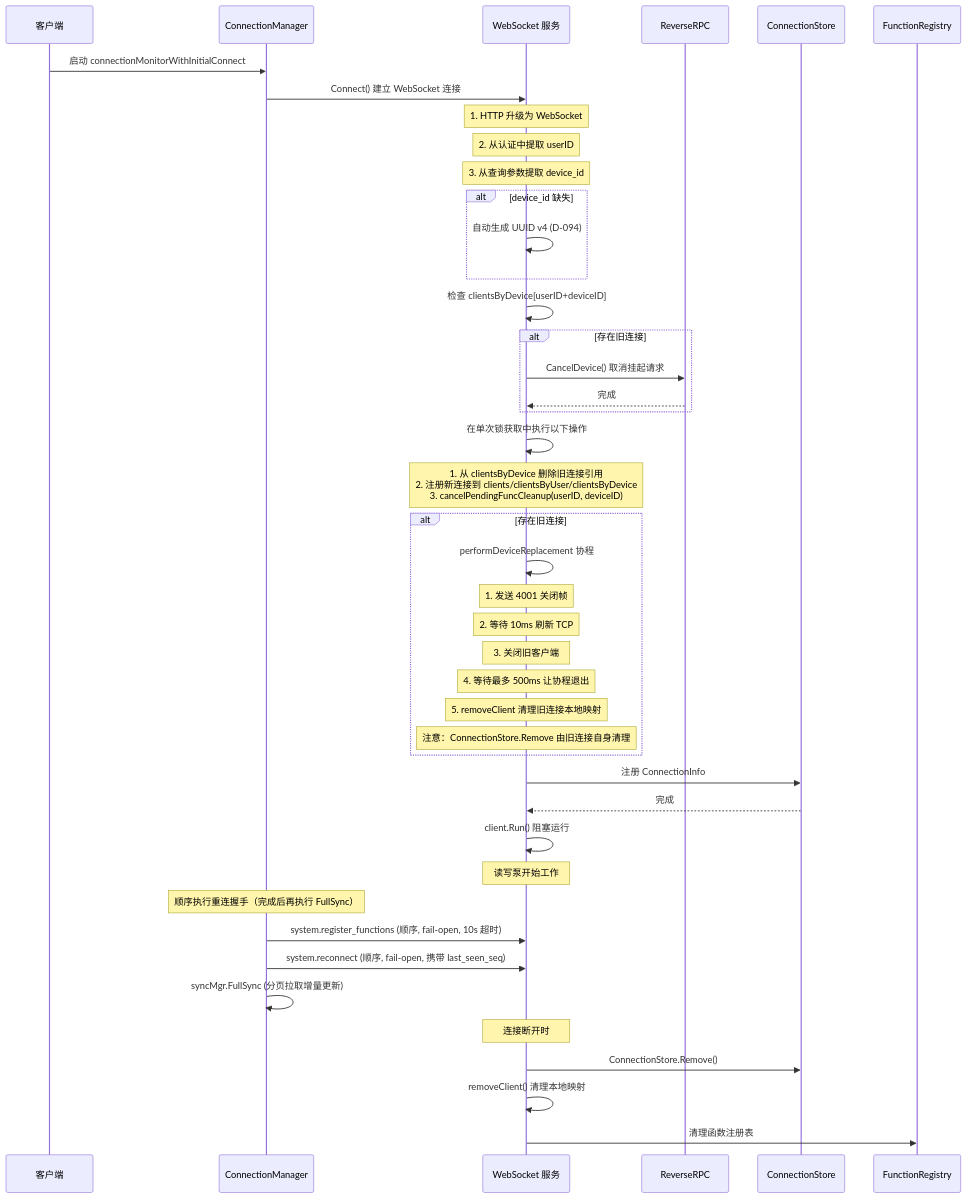
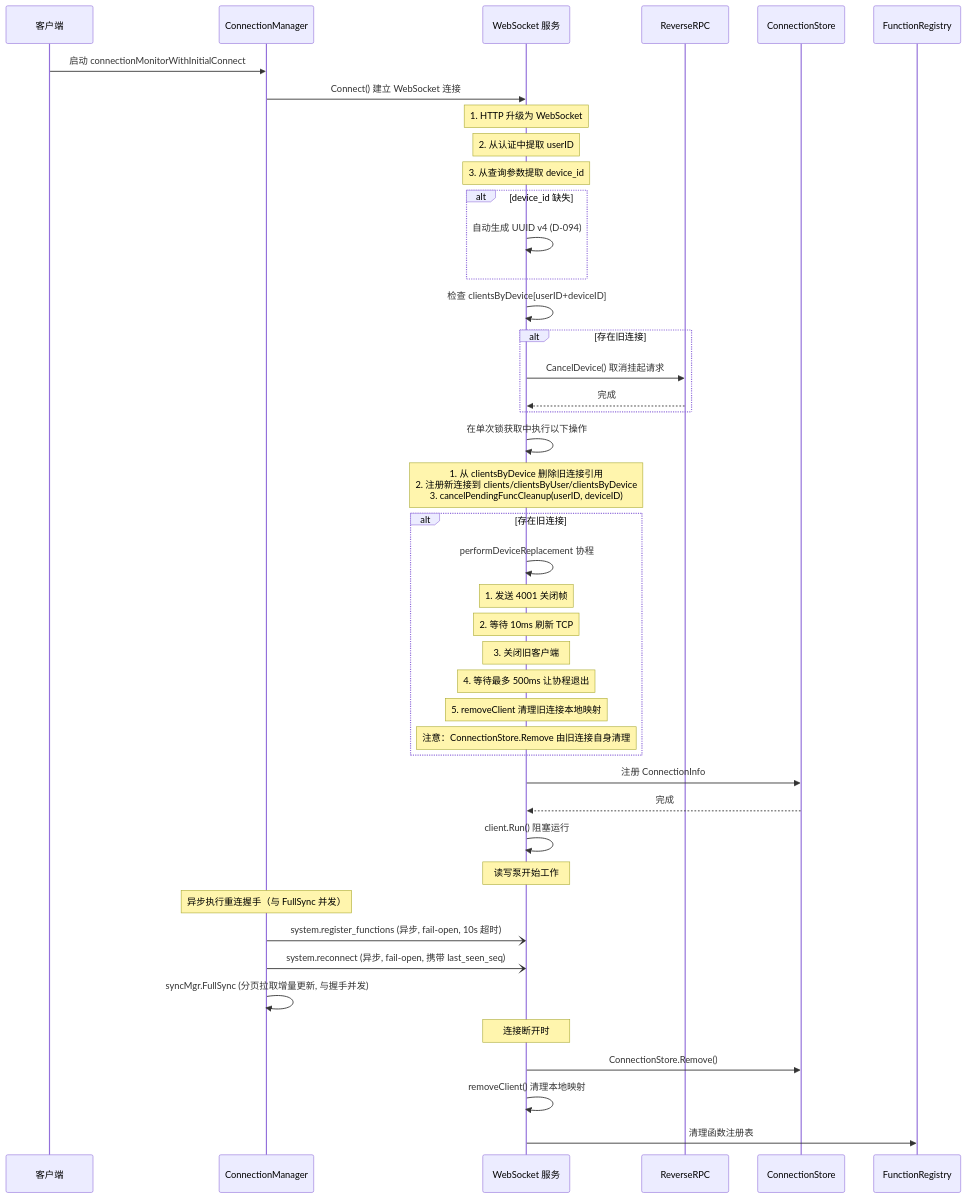
The second of 8 diagrams in wiki/flows/client-registration.md (PineappleBond/xyncra-server), drawn with Mermaid before and after one commit. The commit also changed other lines of this file and 5 other files, not shown here.

````diff
--- a/wiki/flows/client-registration.md
+++ b/wiki/flows/client-registration.md
@@ -58,56 +59,56 @@
 ```mermaid
 sequenceDiagram
     participant C as 客户端
     participant CS as ConnectionManager
     participant WS as WebSocket 服务
     participant RL as ReverseRPC
     participant CM as ConnectionStore
     participant FR as FunctionRegistry
 
     C->>CS: 启动 connectionMonitorWithInitialConnect
     CS->>WS: Connect() 建立 WebSocket 连接
 
     Note over WS: 1. HTTP 升级为 WebSocket
     Note over WS: 2. 从认证中提取 userID
     Note over WS: 3. 从查询参数提取 device_id
 
     alt device_id 缺失
         WS->>WS: 自动生成 UUID v4 (D-094)
     end
 
     WS->>WS: 检查 clientsByDevice[userID+deviceID]
 
     alt 存在旧连接
         WS->>RL: CancelDevice() 取消挂起请求
         RL-->>WS: 完成
     end
 
     WS->>WS: 在单次锁获取中执行以下操作
     Note over WS: 1. 从 clientsByDevice 删除旧连接引用<br/>2. 注册新连接到 clients/clientsByUser/clientsByDevice<br/>3. cancelPendingFuncCleanup(userID, deviceID)
 
     alt 存在旧连接
         WS->>WS: performDeviceReplacement 协程
         Note over WS: 1. 发送 4001 关闭帧
         Note over WS: 2. 等待 10ms 刷新 TCP
         Note over WS: 3. 关闭旧客户端
         Note over WS: 4. 等待最多 500ms 让协程退出
         Note over WS: 5. removeClient 清理旧连接本地映射
         Note over WS: 注意：ConnectionStore.Remove 由旧连接自身清理
     end
 
     WS->>CM: 注册 ConnectionInfo
     CM-->>WS: 完成
 
     WS->>WS: client.Run() 阻塞运行
     Note over WS: 读写泵开始工作
 
-    Note over CS: 顺序执行重连握手（完成后再执行 FullSync）
-    CS->>WS: system.register_functions (顺序, fail-open, 10s 超时)
-    CS->>WS: system.reconnect (顺序, fail-open, 携带 last_seen_seq)
-    CS->>CS: syncMgr.FullSync (分页拉取增量更新)
+    Note over CS: 异步执行重连握手（与 FullSync 并发）
+    CS-)WS: system.register_functions (异步, fail-open, 10s 超时)
+    CS-)WS: system.reconnect (异步, fail-open, 携带 last_seen_seq)
+    CS->>CS: syncMgr.FullSync (分页拉取增量更新, 与握手并发)
 
     Note over WS: 连接断开时
     WS->>CM: ConnectionStore.Remove()
     WS->>WS: removeClient() 清理本地映射
     WS->>FR: 清理函数注册表
 ```
````
